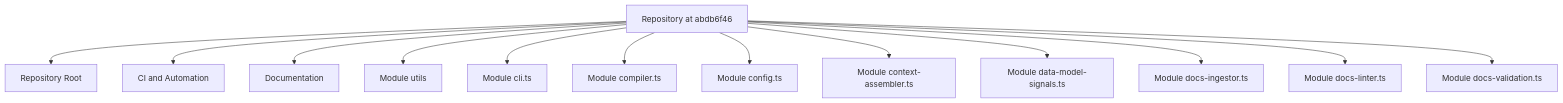
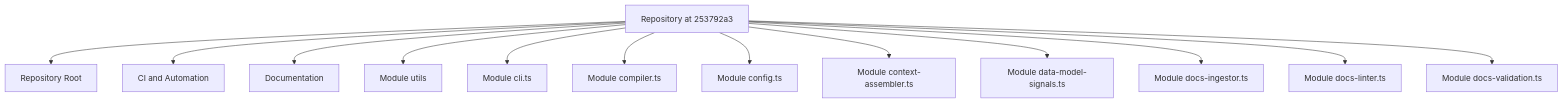
Before and after one commit to mfittko/repo-wiki: the diagram in Architecture.md, drawn with Mermaid. The commit also changed other lines of this file and 43 other files, not shown here.

````diff
--- a/Architecture.md
+++ b/Architecture.md
@@ -17,16 +17,16 @@
 ```mermaid
 flowchart TD
-  Repo[Repository at abdb6f46]
+  Repo[Repository at 253792a3]
   Repo --> M0[Repository Root]
   Repo --> M1[CI and Automation]
   Repo --> M2[Documentation]
   Repo --> M3[Module utils]
   Repo --> M4[Module cli.ts]
   Repo --> M5[Module compiler.ts]
   Repo --> M6[Module config.ts]
   Repo --> M7[Module context-assembler.ts]
   Repo --> M8[Module data-model-signals.ts]
   Repo --> M9[Module docs-ingestor.ts]
   Repo --> M10[Module docs-linter.ts]
   Repo --> M11[Module docs-validation.ts]
 ```
````
